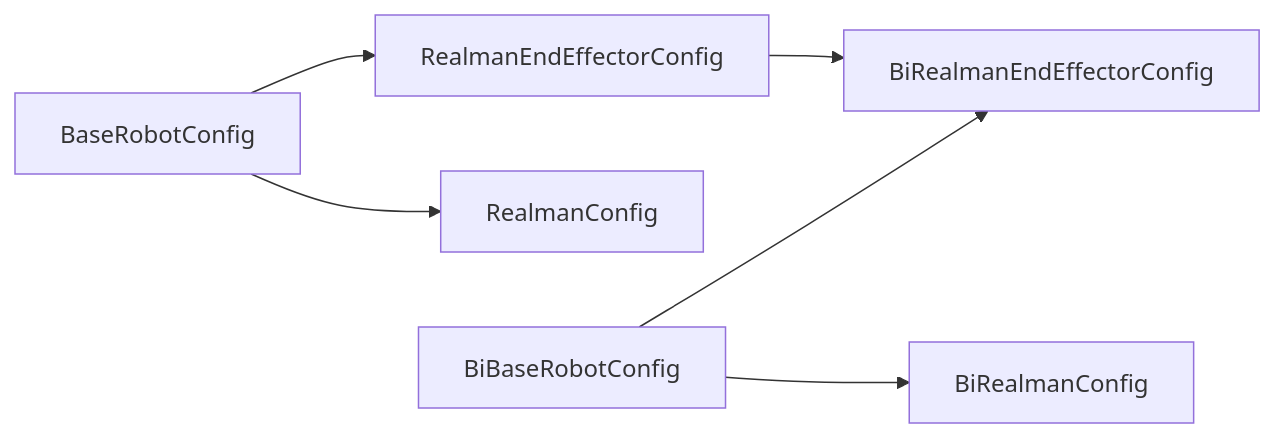
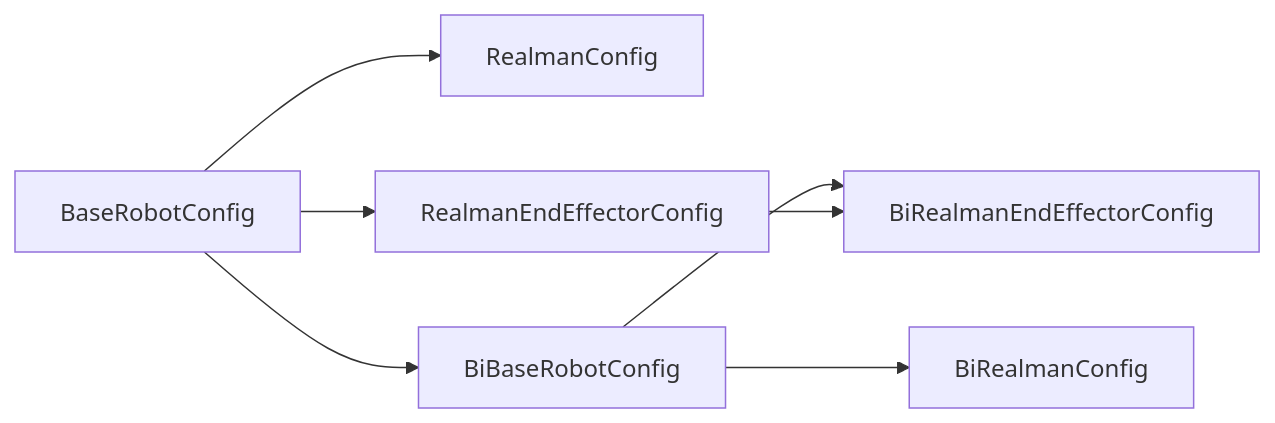
Before and after one commit to FlagOpen/RoboCOIN: the third of 5 diagrams in README.md, drawn with Mermaid.

Commit message:
Update diagram in README with new connection
Added a new connection from A to D in the diagram.

````diff
--- a/README.md
+++ b/README.md
@@ -345,8 +345,9 @@
 ```mermaid
 graph LR
     A[BaseRobotConfig] --> B[RealmanConfig]
     A --> C[RealmanEndEffectorConfig]
     D[BiBaseRobotConfig] --> E[BiRealmanConfig]
     D --> F[BiRealmanEndEffectorConfig]
     C --> F
+    A --> D
 ```
````
